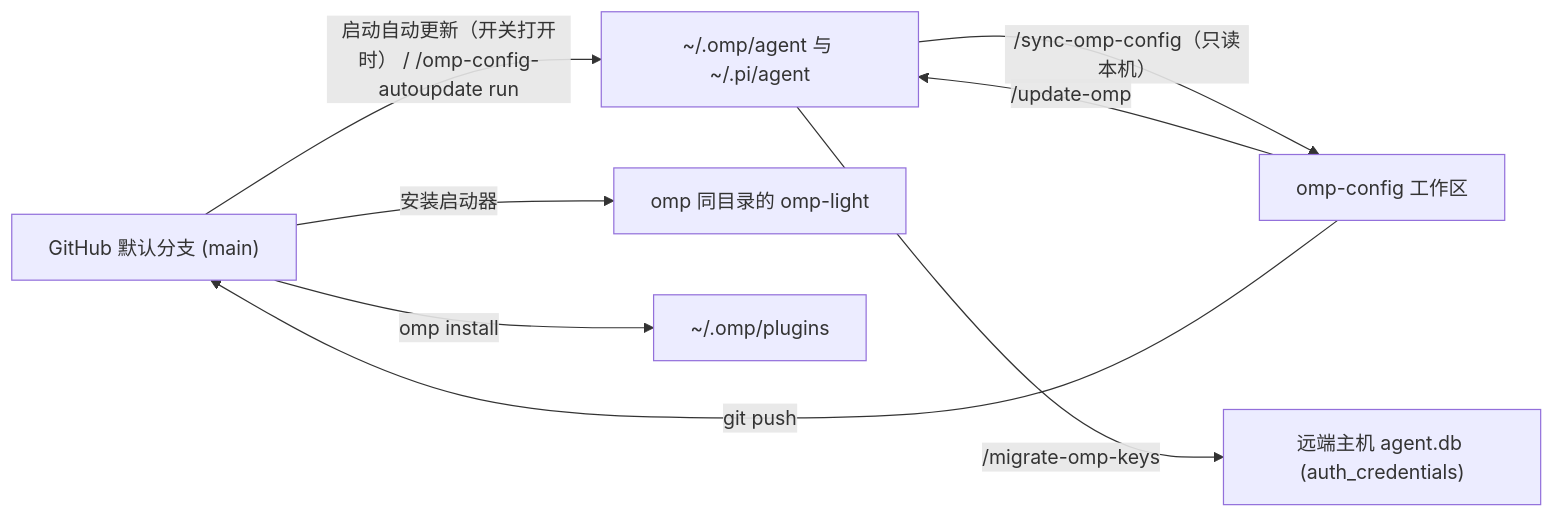
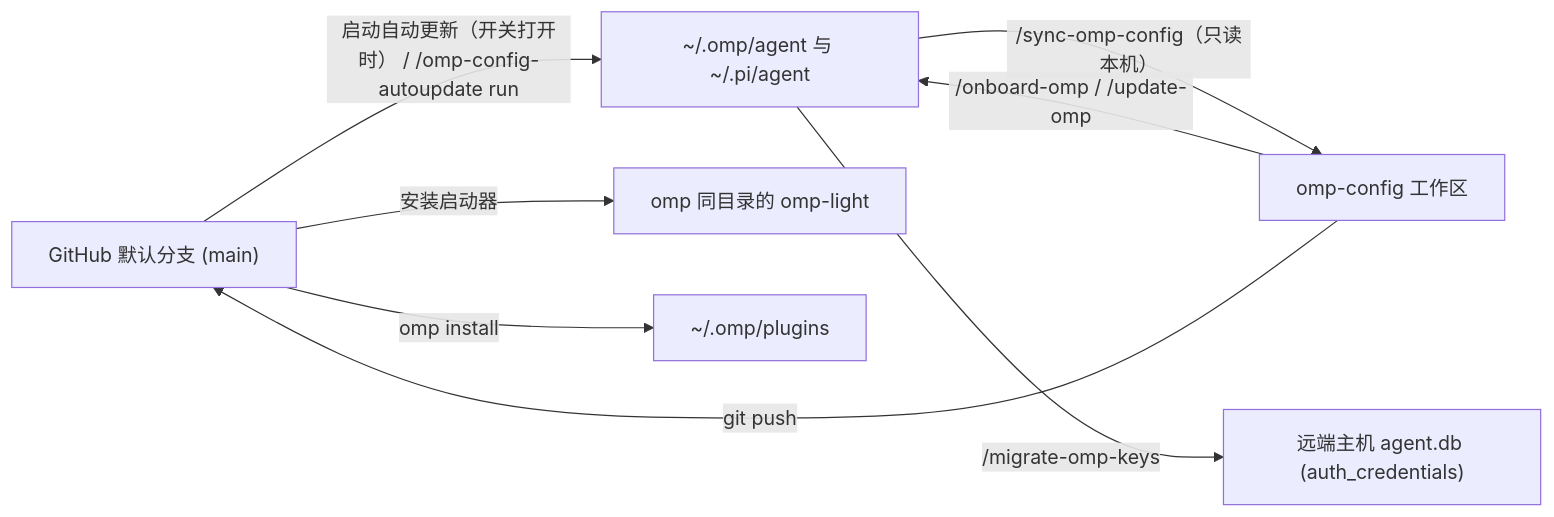
The diagram in docs/operations.zh-CN.md (oh-my-omp/omp-config), drawn with Mermaid before and after one commit. The commit also changed other lines of this file and 4 other files, not shown here.

First line of the commit message:
docs(operations): document /onboard-omp command and setup workflow

````diff
--- a/docs/operations.zh-CN.md
+++ b/docs/operations.zh-CN.md
@@ -5,10 +5,10 @@
 ```mermaid
 flowchart LR
   gh["GitHub 默认分支 (main)"] -->|"启动自动更新（开关打开时） / /omp-config-autoupdate run"| local["~/.omp/agent 与 ~/.pi/agent"]
-  repo["omp-config 工作区"] -->|"/update-omp"| local
+  repo["omp-config 工作区"] -->|"/onboard-omp / /update-omp"| local
   local -->|"/sync-omp-config（只读本机）"| repo
   repo -->|"git push"| gh
   gh -->|"安装启动器"| light["omp 同目录的 omp-light"]
   gh -->|"omp install"| plugins["~/.omp/plugins"]
   local -->|"/migrate-omp-keys"| remote["远端主机 agent.db (auth_credentials)"]
 ```
````
